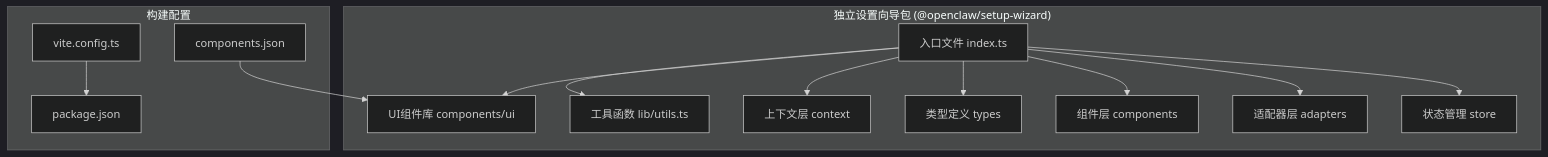
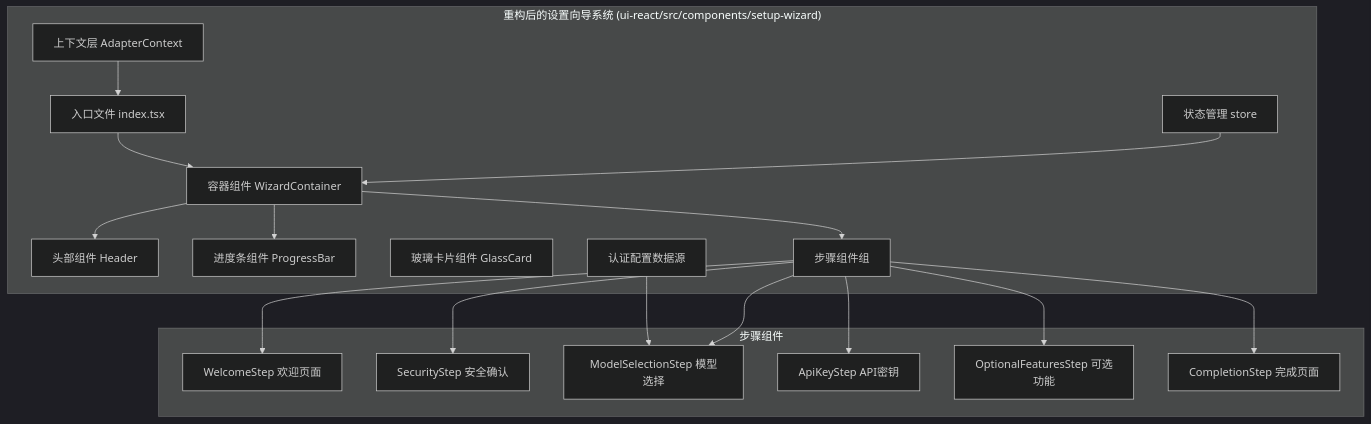
Before and after one commit to verse-ai-org/openclaw: the first of 8 diagrams in .qoder/repowiki/zh/content/开发者指南/设置向导系统.md, drawn with Mermaid (dark theme). The commit also changed other lines of this file and 34 other files, not shown here.

````diff
--- a/.qoder/repowiki/zh/content/开发者指南/设置向导系统.md
+++ b/.qoder/repowiki/zh/content/开发者指南/设置向导系统.md
@@ -60,27 +54,35 @@
 ```mermaid
 graph TB
-subgraph "独立设置向导包 (@openclaw/setup-wizard)"
-A[入口文件 index.ts]
-B[状态管理 store]
-C[适配器层 adapters]
-D[组件层 components]
-E[类型定义 types]
-F[上下文层 context]
-G[UI组件库 components/ui]
-H[工具函数 lib/utils.ts]
+subgraph "重构后的设置向导系统 (ui-react/src/components/setup-wizard)"
+A[入口文件 index.tsx]
+B[容器组件 WizardContainer]
+C[头部组件 Header]
+D[进度条组件 ProgressBar]
+E[玻璃卡片组件 GlassCard]
+F[步骤组件组]
+G[上下文层 AdapterContext]
+H[状态管理 store]
+I[认证配置数据源]
 end
-subgraph "构建配置"
-I[vite.config.ts]
-J[package.json]
-K[components.json]
+subgraph "步骤组件"
+F1[WelcomeStep 欢迎页面]
+F2[SecurityStep 安全确认]
+F3[ModelSelectionStep 模型选择]
+F4[ApiKeyStep API密钥]
+F5[OptionalFeaturesStep 可选功能]
+F6[CompletionStep 完成页面]
 end
 A --> B
-A --> C
-A --> D
-A --> E
-A --> F
-A --> G
-A --> H
-I --> J
-K --> G
+B --> C
+B --> D
+B --> F
+G --> A
+H --> B
+I --> F3
+F --> F1
+F --> F2
+F --> F3
+F --> F4
+F --> F5
+F --> F6
 ```
````
